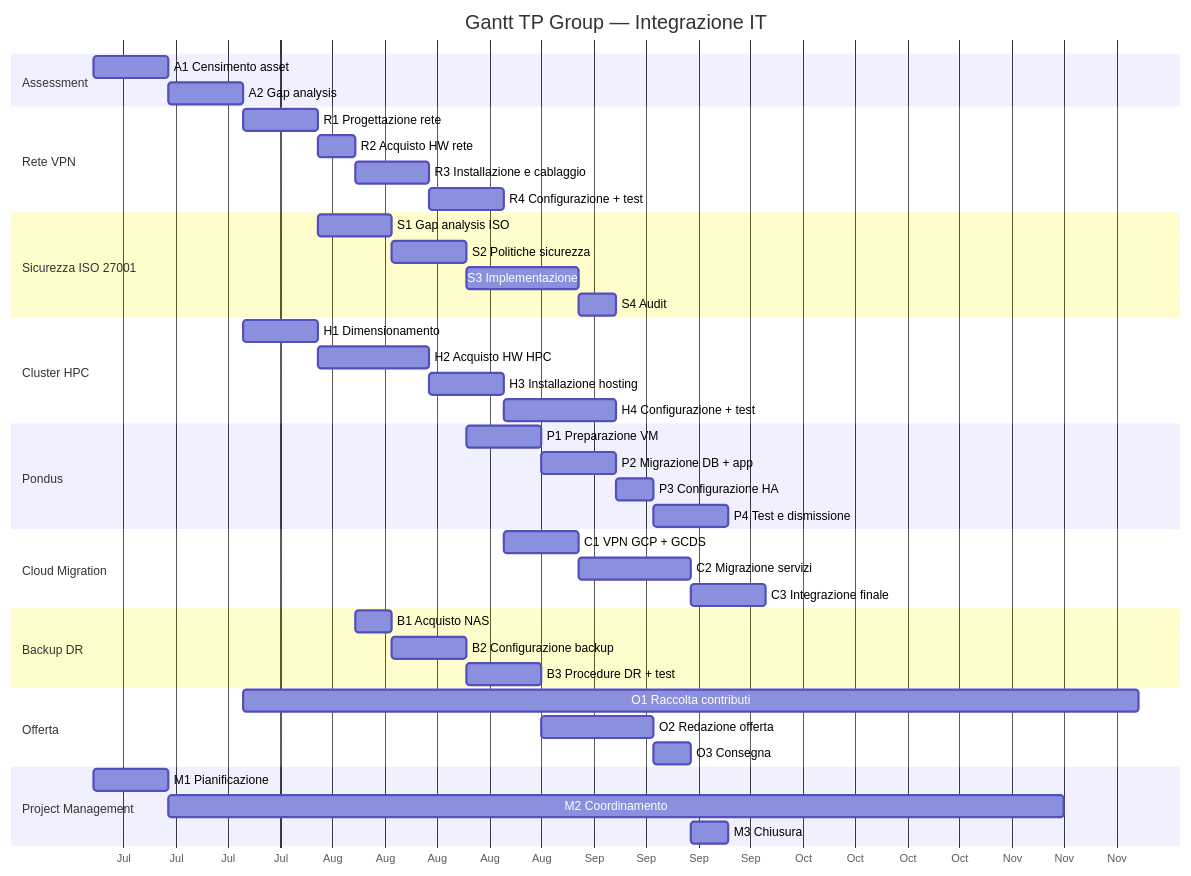
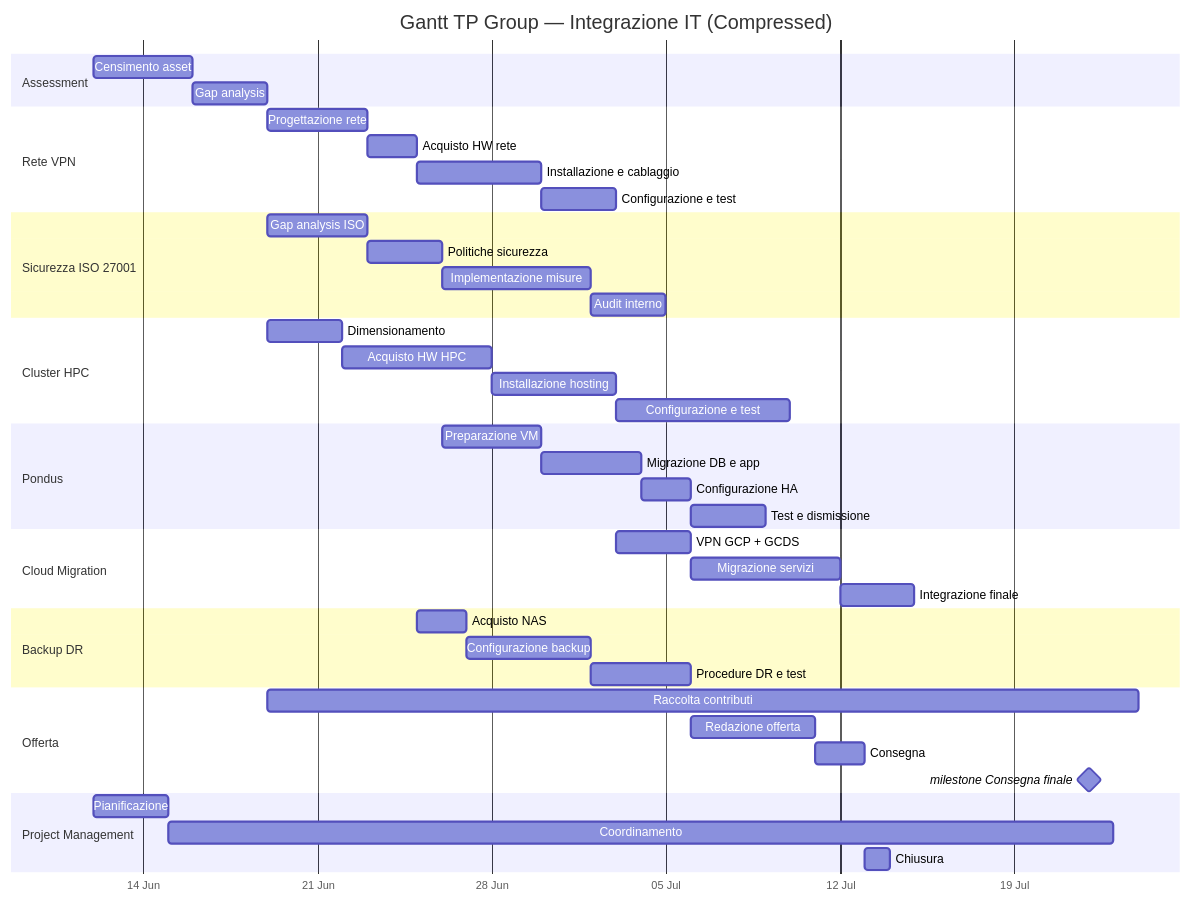
Before and after one commit to CryEdz/Materie: the diagram in 23_Project_Work_e_Laboratori/03_Progetti/TP_Group/09_Project_Management/gantt.md, drawn with Mermaid. The commit also changed other lines of this file and 14 other files, not shown here.

````diff
--- a/23_Project_Work_e_Laboratori/03_Progetti/TP_Group/09_Project_Management/gantt.md
+++ b/23_Project_Work_e_Laboratori/03_Progetti/TP_Group/09_Project_Management/gantt.md
@@ -5,54 +5,55 @@
 ```mermaid
 gantt
-    title Gantt TP Group — Integrazione IT
+    title Gantt TP Group — Integrazione IT (Compressed)
     dateFormat  YYYY-MM-DD
-    axisFormat  %b
+    axisFormat  %d %b
 
     section Assessment
-    A1 Censimento asset             :a1, 2026-07-01, 10d
-    A2 Gap analysis                  :a2, after a1, 10d
+    Censimento asset                :a1, 2026-06-12, 4d
+    Gap analysis                    :a2, after a1, 3d
 
     section Rete VPN
-    R1 Progettazione rete           :r1, after a2, 10d
-    R2 Acquisto HW rete             :r2, after r1, 5d
-    R3 Installazione e cablaggio    :r3, after r2, 10d
-    R4 Configurazione + test        :r4, after r3, 10d
+    Progettazione rete              :r1, after a2, 4d
+    Acquisto HW rete                :r2, after r1, 2d
+    Installazione e cablaggio       :r3, after r2, 5d
+    Configurazione e test           :r4, after r3, 3d
 
     section Sicurezza ISO 27001
-    S1 Gap analysis ISO             :s1, after r1, 10d
-    S2 Politiche sicurezza          :s2, after s1, 10d
-    S3 Implementazione              :s3, after s2, 15d
-    S4 Audit                        :s4, after s3, 5d
+    Gap analysis ISO                :s1, after a2, 4d
+    Politiche sicurezza             :s2, after s1, 3d
+    Implementazione misure          :s3, after s2, 6d
+    Audit interno                   :s4, after s3, 3d
 
     section Cluster HPC
-    H1 Dimensionamento              :h1, after a2, 10d
-    H2 Acquisto HW HPC              :h2, after h1, 15d
-    H3 Installazione hosting        :h3, after h2, 10d
-    H4 Configurazione + test        :h4, after h3, 15d
+    Dimensionamento                 :h1, after a2, 3d
+    Acquisto HW HPC                 :h2, after h1, 6d
+    Installazione hosting           :h3, after h2, 5d
+    Configurazione e test           :h4, after h3, 7d
 
     section Pondus
-    P1 Preparazione VM              :p1, after s2, 10d
-    P2 Migrazione DB + app          :p2, after p1, 10d
-    P3 Configurazione HA            :p3, after p2, 5d
-    P4 Test e dismissione           :p4, after p3, 10d
+    Preparazione VM                 :p1, after s2, 4d
+    Migrazione DB e app             :p2, after p1, 4d
+    Configurazione HA               :p3, after p2, 2d
+    Test e dismissione              :p4, after p3, 3d
 
     section Cloud Migration
-    C1 VPN GCP + GCDS               :c1, after r4, 10d
-    C2 Migrazione servizi           :c2, after c1, 15d
-    C3 Integrazione finale          :c3, after c2, 10d
+    VPN GCP + GCDS                  :c1, after r4, 3d
+    Migrazione servizi              :c2, after c1, 6d
+    Integrazione finale             :c3, after c2, 3d
 
     section Backup DR
-    B1 Acquisto NAS                 :b1, after r2, 5d
-    B2 Configurazione backup        :b2, after b1 + s3, 10d
-    B3 Procedure DR + test          :b3, after b2 + c2, 10d
+    Acquisto NAS                    :b1, after r2, 2d
+    Configurazione backup           :b2, after b1 + s3, 5d
+    Procedure DR e test             :b3, after b2 + c2, 4d
 
     section Offerta
-    O1 Raccolta contributi          :o1, after a2, 120d
-    O2 Redazione offerta            :o2, after b3, 15d
-    O3 Consegna                     :o3, after o2, 5d
+    Raccolta contributi             :o1, after a2, 35d
+    Redazione offerta               :o2, after b3, 5d
+    Consegna                        :o3, after o2, 2d
+    milestone Consegna finale       :milestone, 2026-07-22, 0d
 
     section Project Management
-    M1 Pianificazione               :m1, 2026-07-01, 10d
-    M2 Coordinamento                :m2, after m1, 120d
-    M3 Chiusura                    :m3, after o3, 5d
+    Pianificazione                  :m1, 2026-06-12, 3d
+    Coordinamento                   :m2, after m1, 38d
+    Chiusura                       :m3, after o3, 1d
 ```
````
